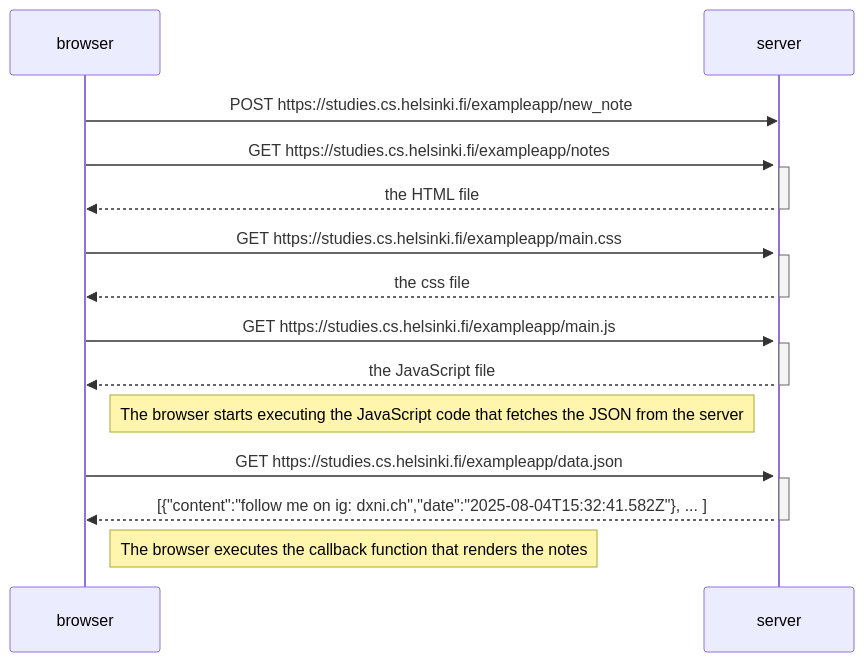
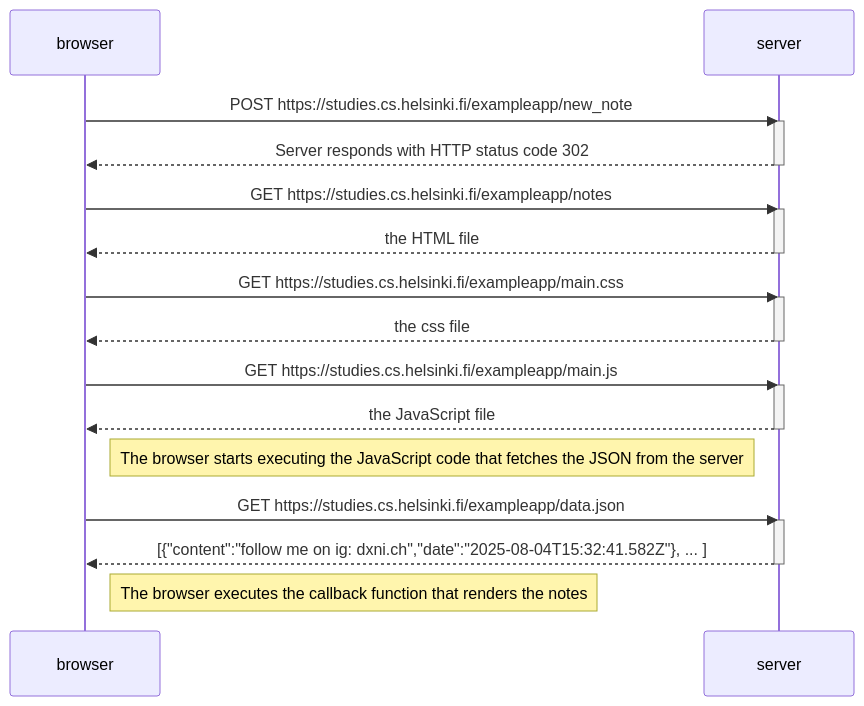
The diagram in part0/0.4.md (MeheYoru/fullstackopen), drawn with Mermaid before and after one commit.

````diff
--- a/part0/0.4.md
+++ b/part0/0.4.md
@@ -2,32 +2,34 @@
 ```mermaid
 sequenceDiagram
     participant browser
     participant server
 
     browser->>server: POST https://studies.cs.helsinki.fi/exampleapp/new_note
     activate server
+    server-->>browser: Server responds with HTTP status code 302
+    deactivate server
 
     browser->>server: GET https://studies.cs.helsinki.fi/exampleapp/notes
     activate server
     server-->>browser: the HTML file
     deactivate server
 
     browser->>server: GET https://studies.cs.helsinki.fi/exampleapp/main.css
     activate server
     server-->>browser: the css file
     deactivate server
 
     browser->>server: GET https://studies.cs.helsinki.fi/exampleapp/main.js
     activate server
     server-->>browser: the JavaScript file
     deactivate server
 
     Note right of browser: The browser starts executing the JavaScript code that fetches the JSON from the server
 
     browser->>server: GET https://studies.cs.helsinki.fi/exampleapp/data.json
     activate server
     server-->>browser: [{"content":"follow me on ig: dxni.ch","date":"2025-08-04T15:32:41.582Z"}, ... ]
     deactivate server
 
     Note right of browser: The browser executes the callback function that renders the notes
 ```
````
